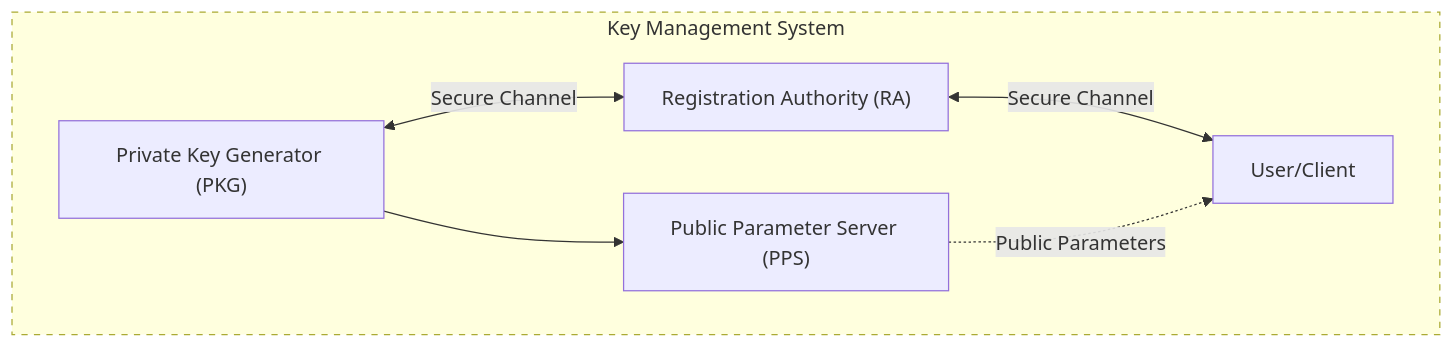
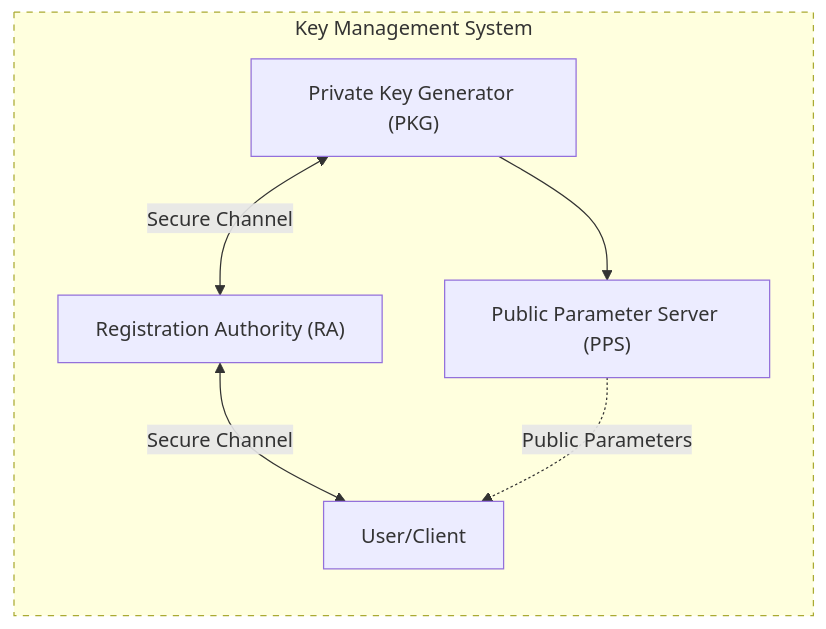
The third of 4 diagrams in README.md (pedroalbanese/edgetk), drawn with Mermaid before and after one commit.

````diff
--- a/README.md
+++ b/README.md
@@ -899,17 +899,18 @@
 ```mermaid
-graph TD
-     subgraph IBEKeyManagementSystem["Key Management System"]
+graph LR
+    subgraph IBEKeyManagementSystem["Key Management System"]
+        direction TB
         PKG["Private Key Generator (PKG)"]
         RA["Registration Authority (RA)"]
         PPS["Public Parameter Server (PPS)"]
         User["User/Client"]
     end
 
     PKG <-->|Secure Channel| RA
     PKG --> PPS
     RA <-->|Secure Channel| User
     PPS -.->|Public Parameters| User
     
     classDef dashed stroke-dasharray: 5 5
     class IBEKeyManagementSystem dashed
 ```
````
